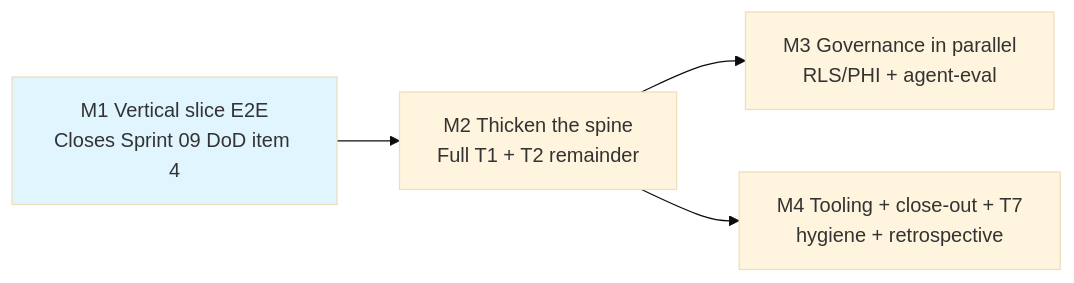
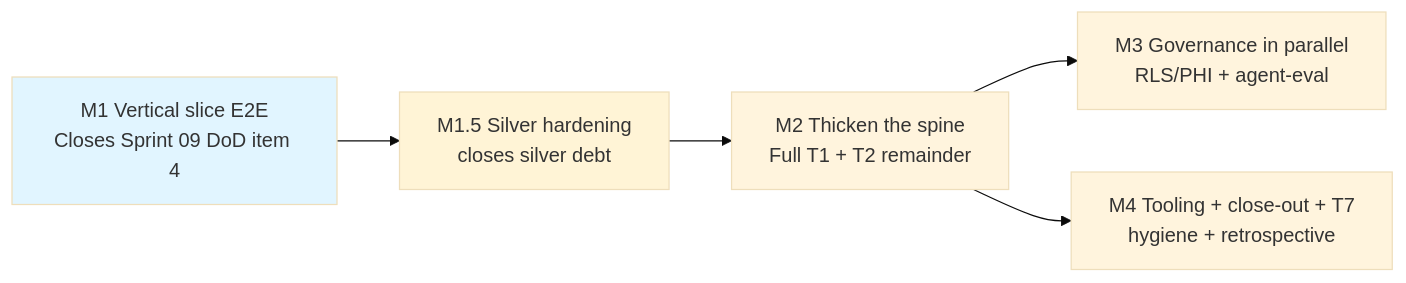
The diagram in docs/superpowers/specs/2026-07-08-sprint-10-completion-strategy.md (urruegg/SwissHospitalCapacityPlatform), drawn with Mermaid (base theme) before and after one commit. The commit also changed other lines of this file and 12 other files, not shown here.

First line of the commit message:
feat(sprint-10): add M1.5 silver-hardening + install spark-operations + e2e-medallion skills

````diff
--- a/docs/superpowers/specs/2026-07-08-sprint-10-completion-strategy.md
+++ b/docs/superpowers/specs/2026-07-08-sprint-10-completion-strategy.md
@@ -46,12 +46,15 @@
 ```mermaid
 flowchart LR
     M1[M1 Vertical slice E2E<br/>Closes Sprint 09 DoD item 4]
+    M15[M1.5 Silver hardening<br/>closes silver debt]
     M2[M2 Thicken the spine<br/>Full T1 + T2 remainder]
     M3[M3 Governance in parallel<br/>RLS/PHI + agent-eval]
     M4[M4 Tooling + close-out + T7<br/>hygiene + retrospective]
 
-    M1 --> M2
+    M1 --> M15
+    M15 --> M2
     M2 --> M3
     M2 --> M4
     style M1 fill:#e1f5ff
+    style M15 fill:#fff4d6
 ```
````
